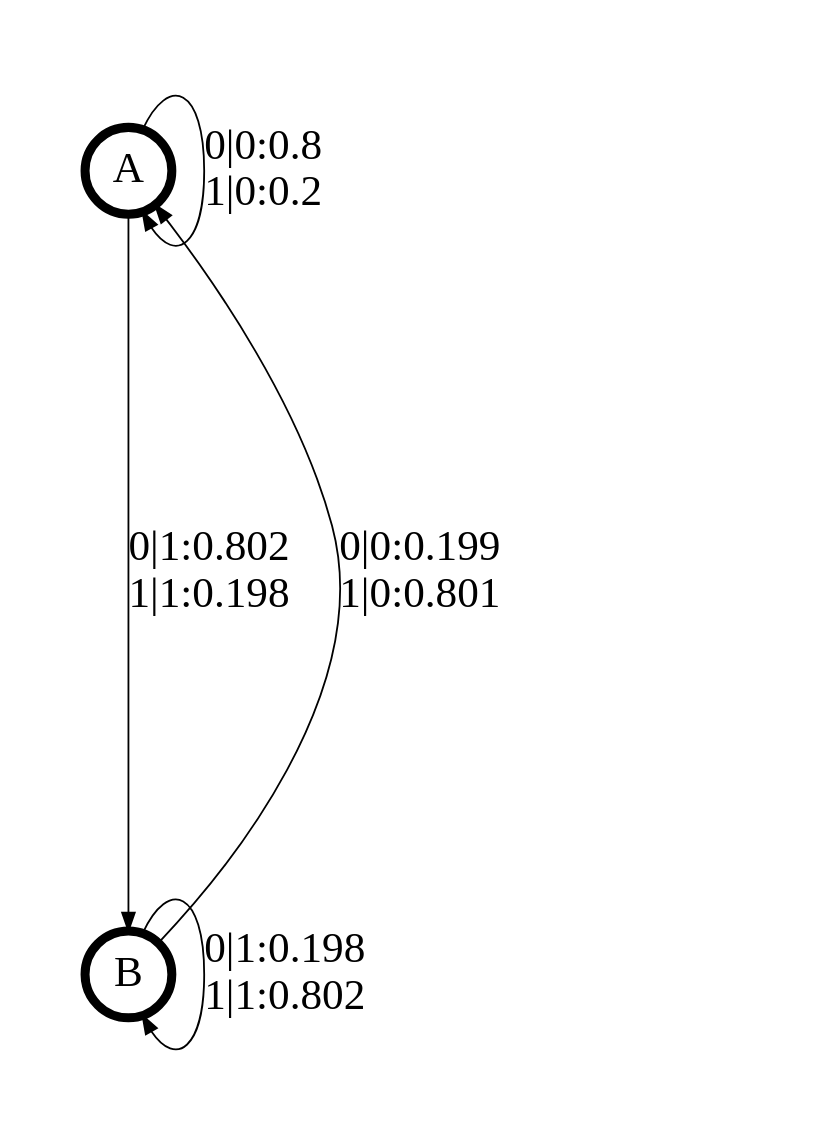
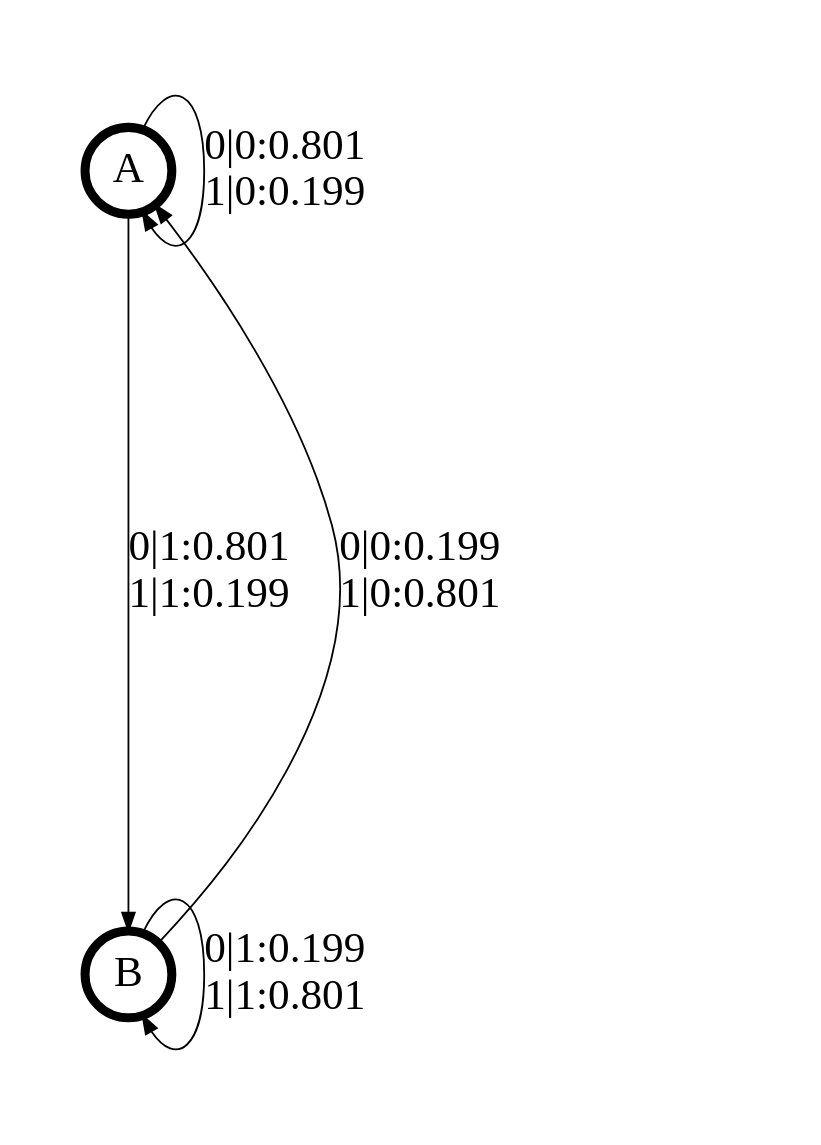
Before and after one commit to ddarmon/transCSSR: the diagram in transCSSR_results/barnettX+barnettY.dot, drawn with Graphviz. The commit also changed 3 other files, not shown here.

```diff
--- a/transCSSR_results/barnettX+barnettY.dot
+++ b/transCSSR_results/barnettX+barnettY.dot
@@ -1,16 +1,16 @@
 digraph  {
 size = "6,8.5";
 ratio = "fill";
 node
 [shape = circle];
 node [fontsize = 24];
 node [penwidth = 5];
 edge [fontsize = 24];
 node [fontname = "CMU Serif Roman"];
 graph [fontname = "CMU Serif Roman"];
 edge [fontname = "CMU Serif Roman"];
-A -> A [label = "0|0:0.8\l1|0:0.2\l"];
-A -> B [label = "0|1:0.802\l1|1:0.198\l"];
+A -> A [label = "0|0:0.801\l1|0:0.199\l"];
+A -> B [label = "0|1:0.801\l1|1:0.199\l"];
 B -> A [label = "0|0:0.199\l1|0:0.801\l"];
-B -> B [label = "0|1:0.198\l1|1:0.802\l"];
+B -> B [label = "0|1:0.199\l1|1:0.801\l"];
 }
```
